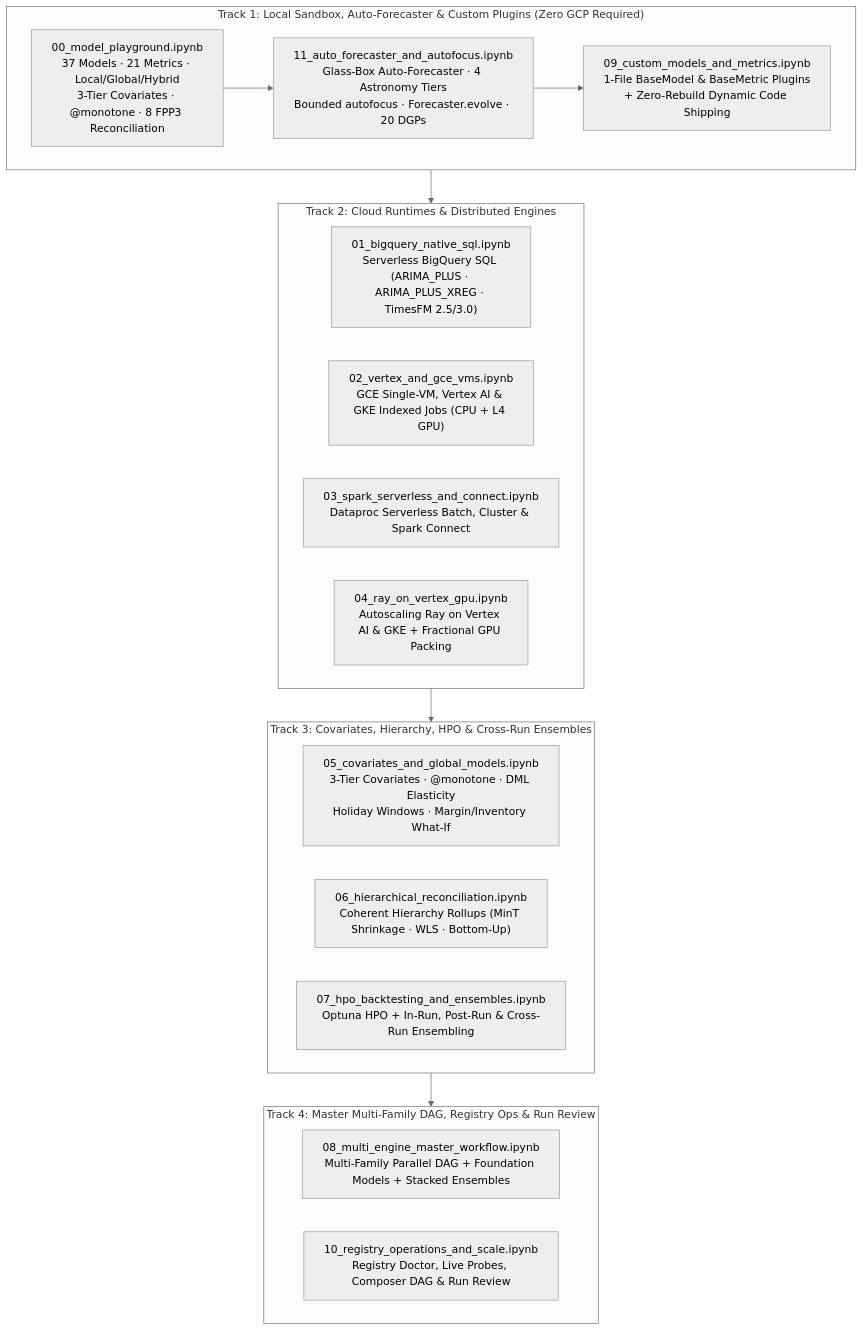
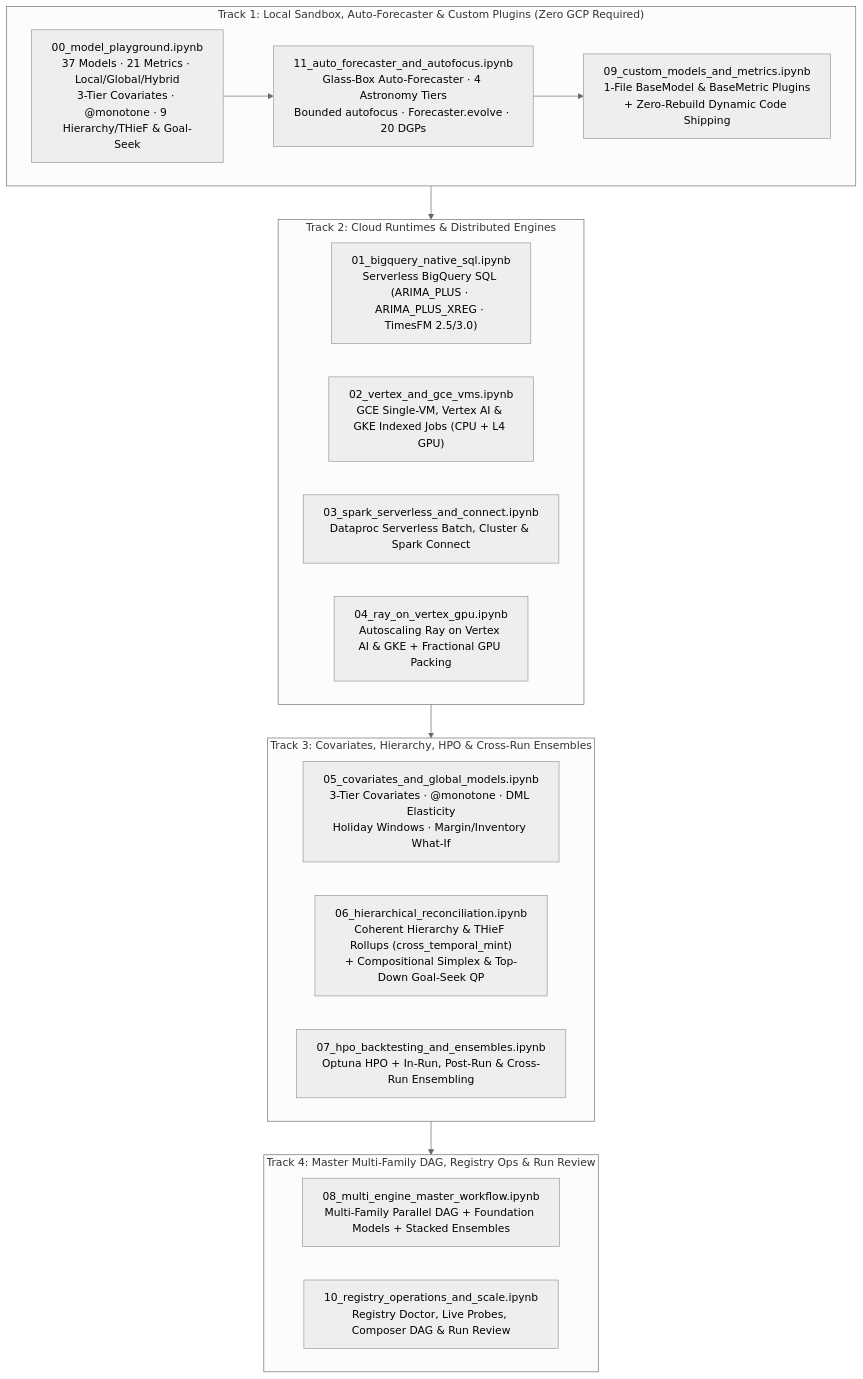
Before and after one commit to statmike/scale-forecasting: the diagram in notebooks/README.md, drawn with Mermaid (neutral theme). The commit also changed other lines of this file and 45 other files, not shown here.

````diff
--- a/notebooks/README.md
+++ b/notebooks/README.md
@@ -8,29 +8,29 @@
 ```mermaid
 flowchart TD
     subgraph Track1["Track 1: Local Sandbox, Auto-Forecaster & Custom Plugins (Zero GCP Required)"]
-        NB00["00_model_playground.ipynb<br/>37 Models · 21 Metrics · Local/Global/Hybrid<br/>3-Tier Covariates · @monotone · 8 FPP3 Reconciliation"]
+        NB00["00_model_playground.ipynb<br/>37 Models · 21 Metrics · Local/Global/Hybrid<br/>3-Tier Covariates · @monotone · 9 Hierarchy/THieF & Goal-Seek"]
         NB11["11_auto_forecaster_and_autofocus.ipynb<br/>Glass-Box Auto-Forecaster · 4 Astronomy Tiers<br/>Bounded autofocus · Forecaster.evolve · 20 DGPs"]
         NB09["09_custom_models_and_metrics.ipynb<br/>1-File BaseModel & BaseMetric Plugins<br/>+ Zero-Rebuild Dynamic Code Shipping"]
     end
 
     subgraph Track2["Track 2: Cloud Runtimes & Distributed Engines"]
         NB01["01_bigquery_native_sql.ipynb<br/>Serverless BigQuery SQL (ARIMA_PLUS · ARIMA_PLUS_XREG · TimesFM 2.5/3.0)"]
         NB02["02_vertex_and_gce_vms.ipynb<br/>GCE Single-VM, Vertex AI & GKE Indexed Jobs (CPU + L4 GPU)"]
         NB03["03_spark_serverless_and_connect.ipynb<br/>Dataproc Serverless Batch, Cluster & Spark Connect"]
         NB04["04_ray_on_vertex_gpu.ipynb<br/>Autoscaling Ray on Vertex AI & GKE + Fractional GPU Packing"]
     end
 
     subgraph Track3["Track 3: Covariates, Hierarchy, HPO & Cross-Run Ensembles"]
         NB05["05_covariates_and_global_models.ipynb<br/>3-Tier Covariates · @monotone · DML Elasticity<br/>Holiday Windows · Margin/Inventory What-If"]
-        NB06["06_hierarchical_reconciliation.ipynb<br/>Coherent Hierarchy Rollups (MinT Shrinkage · WLS · Bottom-Up)"]
+        NB06["06_hierarchical_reconciliation.ipynb<br/>Coherent Hierarchy & THieF Rollups (cross_temporal_mint)<br/>+ Compositional Simplex & Top-Down Goal-Seek QP"]
         NB07["07_hpo_backtesting_and_ensembles.ipynb<br/>Optuna HPO + In-Run, Post-Run & Cross-Run Ensembling"]
     end
 
     subgraph Track4["Track 4: Master Multi-Family DAG, Registry Ops & Run Review"]
         NB08["08_multi_engine_master_workflow.ipynb<br/>Multi-Family Parallel DAG + Foundation Models + Stacked Ensembles"]
         NB10["10_registry_operations_and_scale.ipynb<br/>Registry Doctor, Live Probes, Composer DAG & Run Review"]
     end
 
     NB00 --> NB11 --> NB09
     Track1 --> Track2 --> Track3 --> Track4
 ```
````
